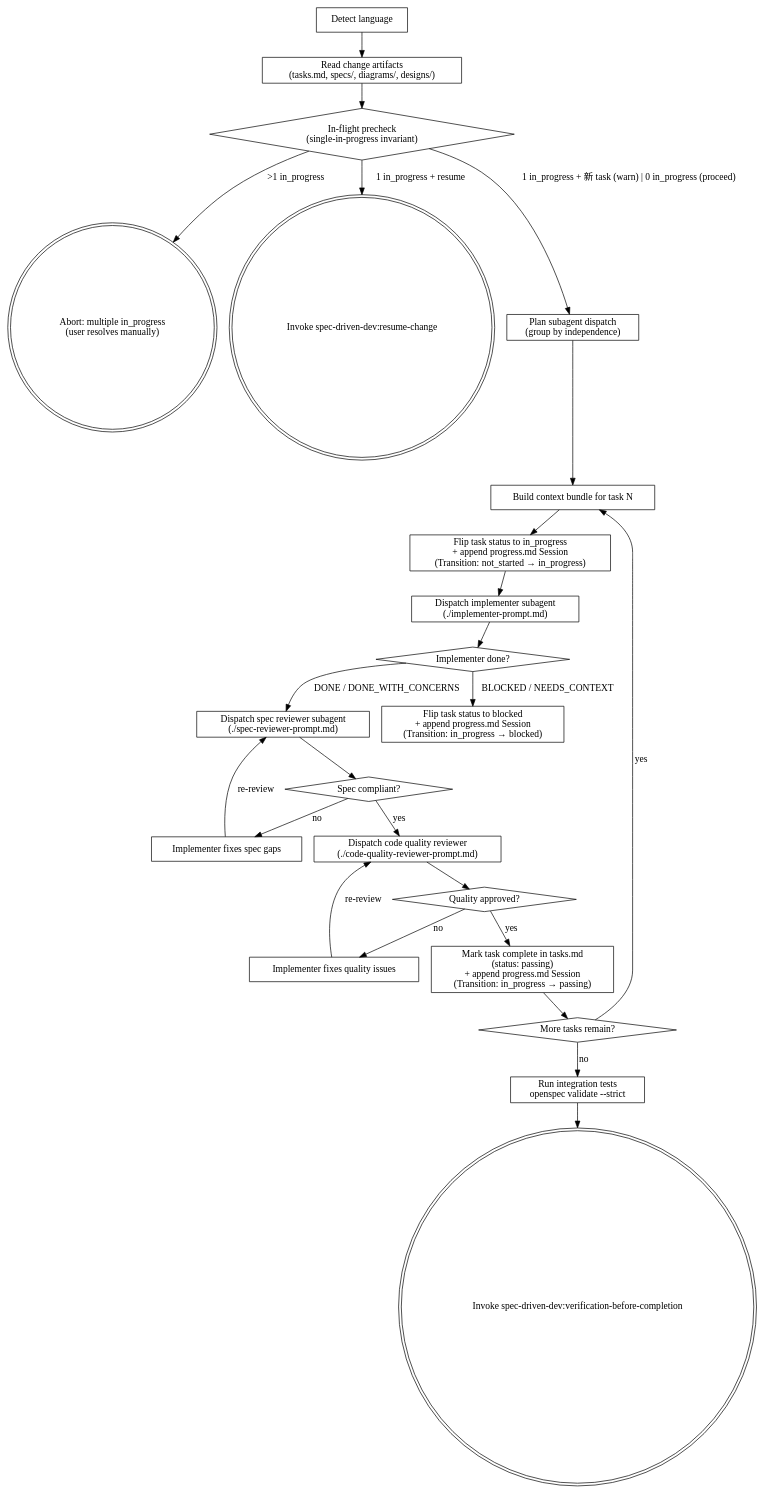
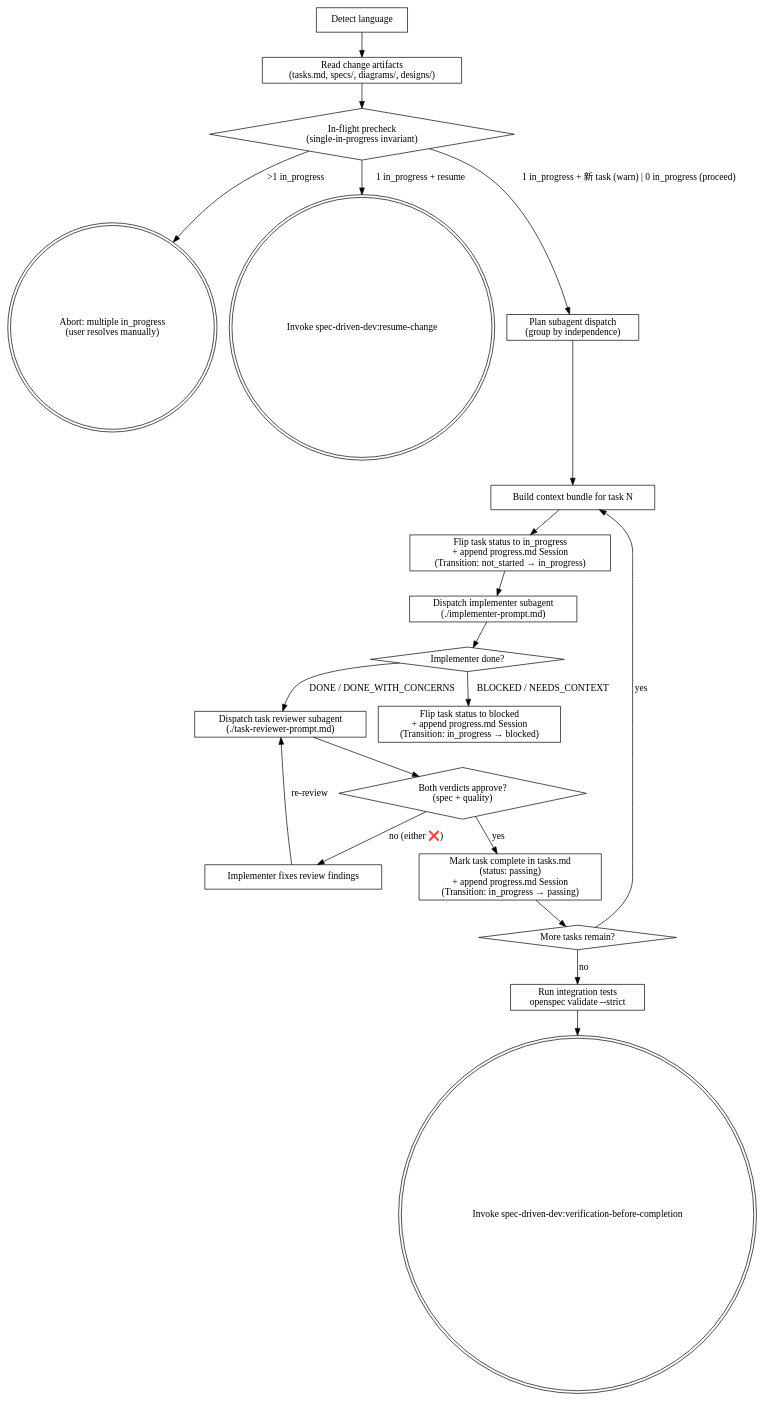
Before and after one commit to BIBIOTA/yuki-marketplace: the diagram in plugins/spec-driven-dev/skills/subagent-driven-development/SKILL.md, drawn with Graphviz. The commit also changed other lines of this file and 5 other files, not shown here.

````diff
--- a/plugins/spec-driven-dev/skills/subagent-driven-development/SKILL.md
+++ b/plugins/spec-driven-dev/skills/subagent-driven-development/SKILL.md
@@ -58,51 +59,44 @@
 ```dot
 digraph subagent_driven_development {
     rankdir=TB;
 
     "Detect language" [shape=box];
     "Read change artifacts\n(tasks.md, specs/, diagrams/, designs/)" [shape=box];
     "In-flight precheck\n(single-in-progress invariant)" [shape=diamond];
     "Abort: multiple in_progress\n(user resolves manually)" [shape=doublecircle];
     "Invoke spec-driven-dev:resume-change" [shape=doublecircle];
     "Plan subagent dispatch\n(group by independence)" [shape=box];
     "Build context bundle for task N" [shape=box];
     "Flip task status to in_progress\n+ append progress.md Session\n(Transition: not_started → in_progress)" [shape=box];
     "Dispatch implementer subagent\n(./implementer-prompt.md)" [shape=box];
     "Implementer done?" [shape=diamond];
     "Flip task status to blocked\n+ append progress.md Session\n(Transition: in_progress → blocked)" [shape=box];
-    "Dispatch spec reviewer subagent\n(./spec-reviewer-prompt.md)" [shape=box];
-    "Spec compliant?" [shape=diamond];
-    "Implementer fixes spec gaps" [shape=box];
-    "Dispatch code quality reviewer\n(./code-quality-reviewer-prompt.md)" [shape=box];
-    "Quality approved?" [shape=diamond];
-    "Implementer fixes quality issues" [shape=box];
+    "Dispatch task reviewer subagent\n(./task-reviewer-prompt.md)" [shape=box];
+    "Both verdicts approve?\n(spec + quality)" [shape=diamond];
+    "Implementer fixes review findings" [shape=box];
     "Mark task complete in tasks.md\n(status: passing)\n+ append progress.md Session\n(Transition: in_progress → passing)" [shape=box];
     "More tasks remain?" [shape=diamond];
     "Run integration tests\nopenspec validate --strict" [shape=box];
     "Invoke spec-driven-dev:verification-before-completion" [shape=doublecircle];
 
     "Detect language" -> "Read change artifacts\n(tasks.md, specs/, diagrams/, designs/)";
     "Read change artifacts\n(tasks.md, specs/, diagrams/, designs/)" -> "In-flight precheck\n(single-in-progress invariant)";
     "In-flight precheck\n(single-in-progress invariant)" -> "Abort: multiple in_progress\n(user resolves manually)" [label=">1 in_progress"];
     "In-flight precheck\n(single-in-progress invariant)" -> "Invoke spec-driven-dev:resume-change" [label="1 in_progress + resume"];
     "In-flight precheck\n(single-in-progress invariant)" -> "Plan subagent dispatch\n(group by independence)" [label="1 in_progress + 新 task (warn) | 0 in_progress (proceed)"];
     "Plan subagent dispatch\n(group by independence)" -> "Build context bundle for task N";
     "Build context bundle for task N" -> "Flip task status to in_progress\n+ append progress.md Session\n(Transition: not_started → in_progress)";
     "Flip task status to in_progress\n+ append progress.md Session\n(Transition: not_started → in_progress)" -> "Dispatch implementer subagent\n(./implementer-prompt.md)";
     "Dispatch implementer subagent\n(./implementer-prompt.md)" -> "Implementer done?";
     "Implementer done?" -> "Flip task status to blocked\n+ append progress.md Session\n(Transition: in_progress → blocked)" [label="BLOCKED / NEEDS_CONTEXT"];
-    "Implementer done?" -> "Dispatch spec reviewer subagent\n(./spec-reviewer-prompt.md)" [label="DONE / DONE_WITH_CONCERNS"];
-    "Dispatch spec reviewer subagent\n(./spec-reviewer-prompt.md)" -> "Spec compliant?";
-    "Spec compliant?" -> "Implementer fixes spec gaps" [label="no"];
-    "Implementer fixes spec gaps" -> "Dispatch spec reviewer subagent\n(./spec-reviewer-prompt.md)" [label="re-review"];
-    "Spec compliant?" -> "Dispatch code quality reviewer\n(./code-quality-reviewer-prompt.md)" [label="yes"];
-    "Dispatch code quality reviewer\n(./code-quality-reviewer-prompt.md)" -> "Quality approved?";
-    "Quality approved?" -> "Implementer fixes quality issues" [label="no"];
-    "Implementer fixes quality issues" -> "Dispatch code quality reviewer\n(./code-quality-reviewer-prompt.md)" [label="re-review"];
-    "Quality approved?" -> "Mark task complete in tasks.md\n(status: passing)\n+ append progress.md Session\n(Transition: in_progress → passing)" [label="yes"];
+    "Implementer done?" -> "Dispatch task reviewer subagent\n(./task-reviewer-prompt.md)" [label="DONE / DONE_WITH_CONCERNS"];
+    "Dispatch task reviewer subagent\n(./task-reviewer-prompt.md)" -> "Both verdicts approve?\n(spec + quality)";
+    "Both verdicts approve?\n(spec + quality)" -> "Implementer fixes review findings" [label="no (either ❌)"];
+    "Implementer fixes review findings" -> "Dispatch task reviewer subagent\n(./task-reviewer-prompt.md)" [label="re-review"];
+    "Both verdicts approve?\n(spec + quality)" -> "Mark task complete in tasks.md\n(status: passing)\n+ append progress.md Session\n(Transition: in_progress → passing)" [label="yes"];
     "Mark task complete in tasks.md\n(status: passing)\n+ append progress.md Session\n(Transition: in_progress → passing)" -> "More tasks remain?";
     "More tasks remain?" -> "Build context bundle for task N" [label="yes"];
     "More tasks remain?" -> "Run integration tests\nopenspec validate --strict" [label="no"];
     "Run integration tests\nopenspec validate --strict" -> "Invoke spec-driven-dev:verification-before-completion";
 }
 ```
````
